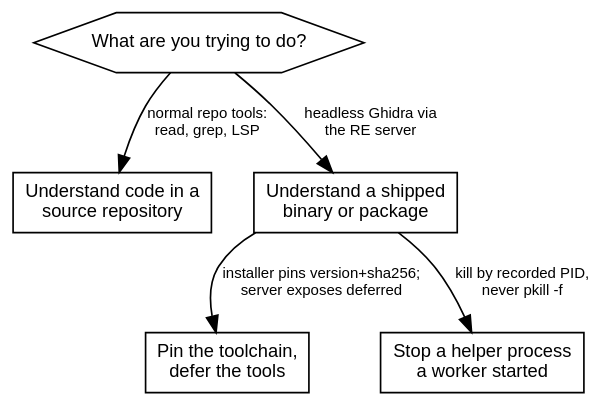
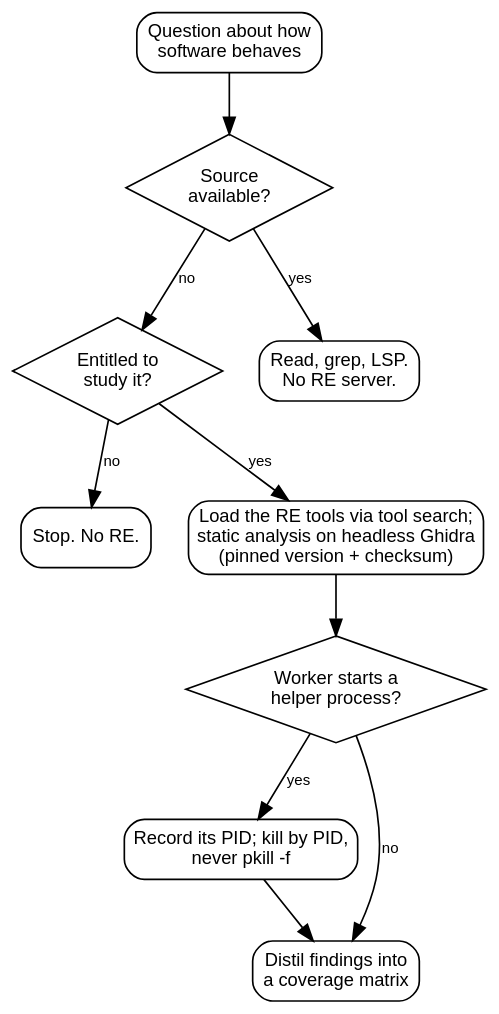
The second of 2 diagrams in src/content/docs/reference/agent-assisted-reverse-engineering.mdx (erfianugrah/lexicanum), drawn with Graphviz before and after one commit. The commit also changed other lines of this file and 4 other files, not shown here.

First line of the commit message:
docs: redraw five diagrams on the agent/LLM pages after a live check

````diff
--- a/src/content/docs/reference/agent-assisted-reverse-engineering.mdx
+++ b/src/content/docs/reference/agent-assisted-reverse-engineering.mdx
@@ -177,19 +183,28 @@
 ```dot
 digraph {
-  rankdir=TB; bgcolor="transparent"; nodesep=0.35; ranksep=0.55;
+  rankdir=TB; bgcolor="transparent"; nodesep=0.3; ranksep=0.5;
   fontname="Helvetica,Arial,sans-serif";
-  node [fontname="Helvetica,Arial,sans-serif", fontsize=11, shape=box];
+  node [fontname="Helvetica,Arial,sans-serif", fontsize=11, shape=diamond, margin="0.1,0.05"];
   edge [fontname="Helvetica,Arial,sans-serif", fontsize=9];
 
-  root [label="What are you trying to do?", shape=hexagon];
-  src  [label="Understand code in a\nsource repository"];
-  art  [label="Understand a shipped\nbinary or package"];
-  both [label="Pin the toolchain,\ndefer the tools"];
-  stop [label="Stop a helper process\na worker started"];
+  start [label="Question about how\nsoftware behaves", shape=box, style=rounded];
+  q_src [label="Source\navailable?"];
+  q_ent [label="Entitled to\nstudy it?"];
+  q_proc [label="Worker starts a\nhelper process?"];
+  r_src [label="Read, grep, LSP.\nNo RE server.", shape=box, style=rounded];
+  r_stop [label="Stop. No RE.", shape=box, style=rounded];
+  r_re [label="Load the RE tools via tool search;\nstatic analysis on headless Ghidra\n(pinned version + checksum)", shape=box, style=rounded];
+  r_pid [label="Record its PID; kill by PID,\nnever pkill -f", shape=box, style=rounded];
+  r_done [label="Distil findings into\na coverage matrix", shape=box, style=rounded];
 
-  root -> src  [label="normal repo tools:\nread, grep, LSP"];
-  root -> art  [label="headless Ghidra via\nthe RE server"];
-  art  -> both [label="installer pins version+sha256;\nserver exposes deferred"];
-  art  -> stop [label="kill by recorded PID,\nnever pkill -f"];
+  start -> q_src;
+  q_src -> r_src [label="yes"];
+  q_src -> q_ent [label="no"];
+  q_ent -> r_stop [label="no"];
+  q_ent -> r_re [label="yes"];
+  r_re -> q_proc;
+  q_proc -> r_pid [label="yes"];
+  q_proc -> r_done [label="no"];
+  r_pid -> r_done;
 }
 ```
````
